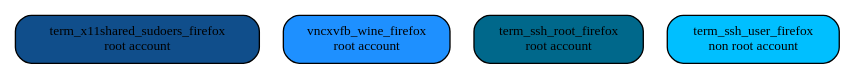
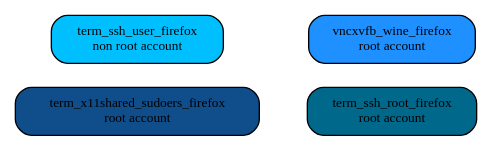
One commit to marchandd/docker_index changed the diagram in graph1.dot. Above: the diagram before and after it, drawn with Graphviz. The commit also changed 8 other files, not shown here.

```diff
--- a/graph1.dot
+++ b/graph1.dot
@@ -1,7 +1,11 @@
 digraph docker
 {
+ rankdir=LR;
  "term_x11shared_sudoers_firefox" [label="term_x11shared_sudoers_firefox\nroot account",shape=box,fillcolor="dodgerblue4",style="filled,rounded", fontsize="10.0"];
  "vncxvfb_wine_firefox" [label="vncxvfb_wine_firefox\nroot account",shape=box,fillcolor="dodgerblue",style="filled,rounded", fontsize="10.0"];
  "term_ssh_root_firefox" [label="term_ssh_root_firefox\nroot account",shape=box,fillcolor="deepskyblue4",style="filled,rounded", fontsize="10.0"];
  "term_ssh_user_firefox" [label="term_ssh_user_firefox\nnon root account",shape=box,fillcolor="deepskyblue",style="filled,rounded", fontsize="10.0"];
+ "term_x11shared_sudoers_firefox" -> "term_ssh_root_firefox" [style="invis"];
+ "term_x11shared_sudoers_firefox" -> "vncxvfb_wine_firefox" [style="invis"];
+ "term_ssh_root_firefox" -> "term_x11shared_sudoers_firefox" [style="invis"];
 }
```
